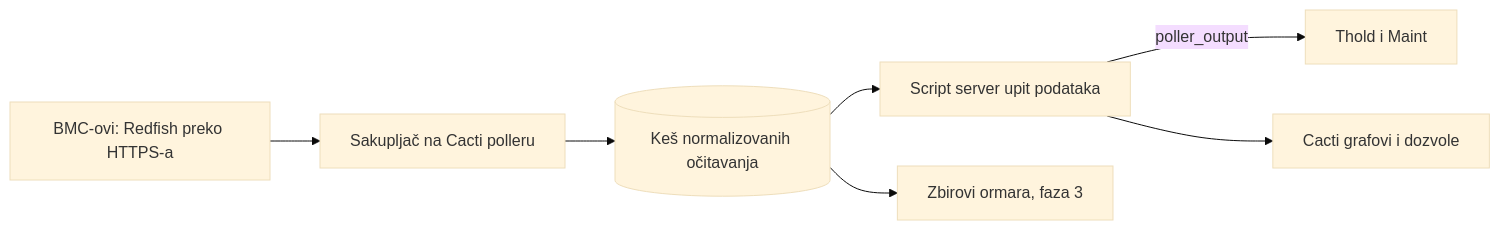
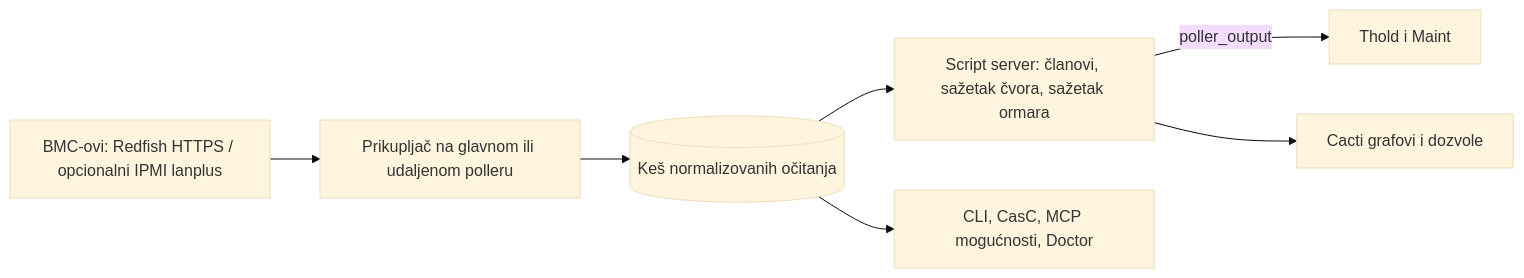
One commit to somethingwithproof/plugin_redfish changed the diagram in docs/i18n/bs-BA/README.md. Above: the diagram before and after it, drawn with Mermaid (base theme). The commit also changed other lines of this file and 47 other files, not shown here.

````diff
--- a/docs/i18n/bs-BA/README.md
+++ b/docs/i18n/bs-BA/README.md
@@ -90,9 +140,9 @@
 ```mermaid
 flowchart LR
-    BMC[BMC-ovi: Redfish preko HTTPS-a] --> C[Sakupljač na Cacti polleru]
-    C --> CACHE[(Keš normalizovanih očitavanja)]
-    CACHE --> SS[Script server upit podataka]
-    SS -->|poller_output| T[Thold i Maint]
-    SS --> G[Cacti grafovi i dozvole]
-    CACHE --> R[Zbirovi ormara, faza 3]
+    BMC["BMC-ovi: Redfish HTTPS / opcionalni IPMI lanplus"] --> C["Prikupljač na glavnom ili udaljenom polleru"]
+    C --> CACHE[("Keš normalizovanih očitanja")]
+    CACHE --> SS["Script server: članovi, sažetak čvora, sažetak ormara"]
+    SS -->|poller_output| T["Thold i Maint"]
+    SS --> G["Cacti grafovi i dozvole"]
+    CACHE --> ECO["CLI, CasC, MCP mogućnosti, Doctor"]
 ```
````
